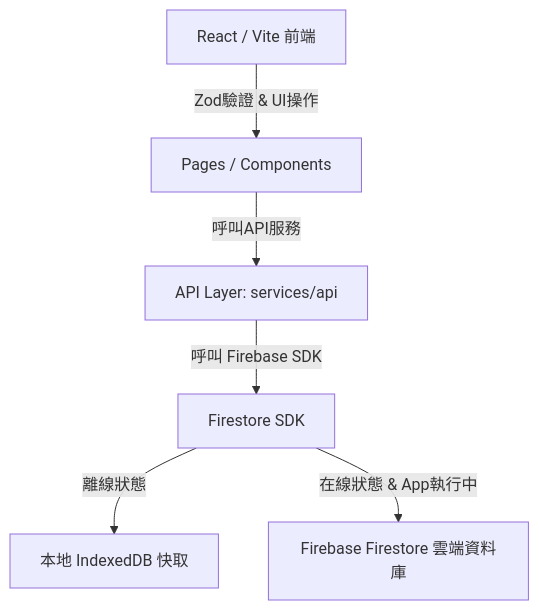
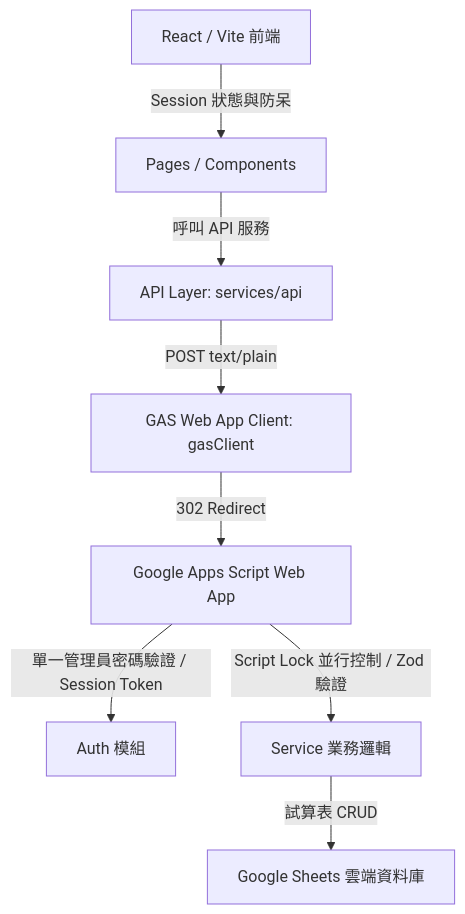
The diagram in Daily_Ai_004_Futain0857 system/container-rental-app-v1/project_management/ARCHITECTURE.md (cloud258654-alt/Aisa_AI), drawn with Mermaid before and after one commit. The commit also changed other lines of this file and 44 other files, not shown here.

````diff
--- a/Daily_Ai_004_Futain0857 system/container-rental-app-v1/project_management/ARCHITECTURE.md
+++ b/Daily_Ai_004_Futain0857 system/container-rental-app-v1/project_management/ARCHITECTURE.md
@@ -9,8 +9,10 @@
 ```mermaid
 graph TD
-  A[React / Vite 前端] -->|Zod驗證 & UI操作| B[Pages / Components]
-  B -->|呼叫API服務| C[API Layer: services/api]
-  C -->|呼叫 Firebase SDK| D[Firestore SDK]
-  D -->|離線狀態| E[本地 IndexedDB 快取]
-  D -->|在線狀態 & App執行中| F[Firebase Firestore 雲端資料庫]
+  A[React / Vite 前端] -->|Session 狀態與防呆| B[Pages / Components]
+  B -->|呼叫 API 服務| C[API Layer: services/api]
+  C -->|POST text/plain| D[GAS Web App Client: gasClient]
+  D -->|302 Redirect| E[Google Apps Script Web App]
+  E -->|單一管理員密碼驗證 / Session Token| F[Auth 模組]
+  E -->|Script Lock 並行控制 / Zod 驗證| G[Service 業務邏輯]
+  G -->|試算表 CRUD| H[Google Sheets 雲端資料庫]
 ```
````
